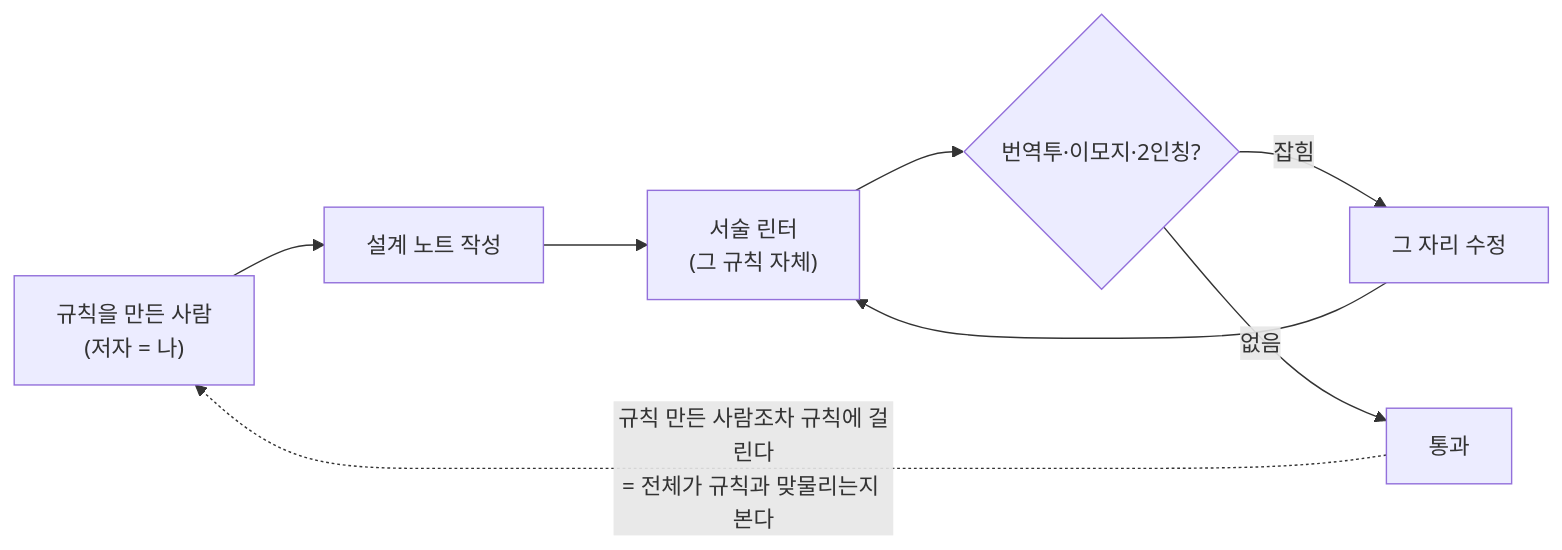
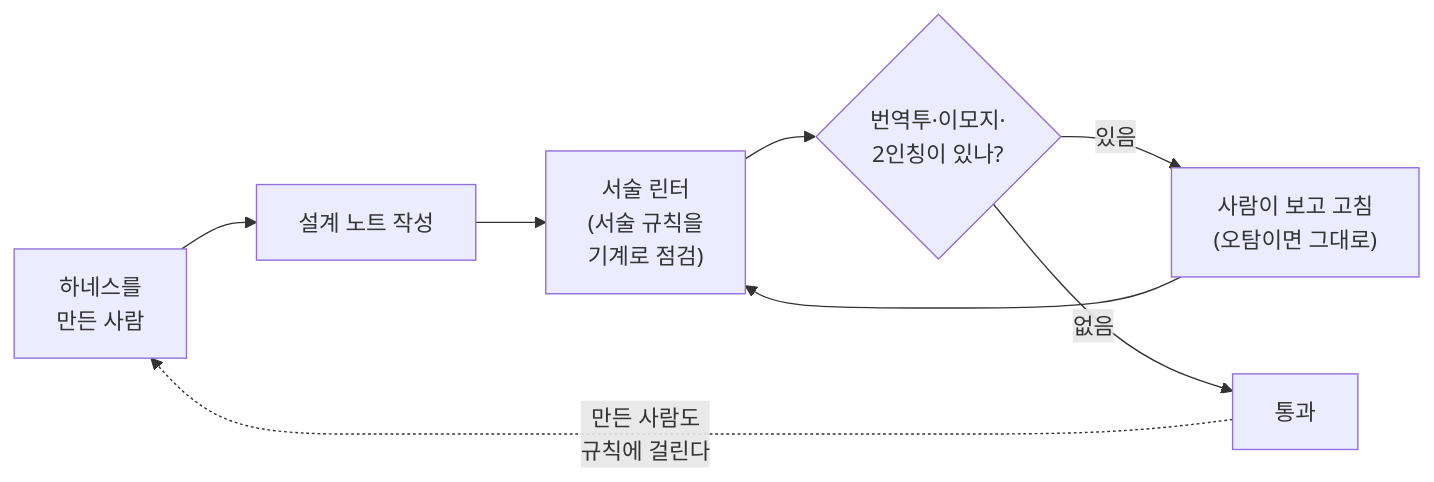
Before and after one commit to neisii/harness-naroo: the second of 2 diagrams in QUICKSTART.md, drawn with Mermaid. The commit also changed other lines of this file and 5 other files, not shown here.

````diff
--- a/QUICKSTART.md
+++ b/QUICKSTART.md
@@ -123,13 +136,13 @@
 ```mermaid
 flowchart LR
-  AUTH["규칙을 만든 사람<br/>(저자 = 나)"]
+  AUTH["하네스를<br/>만든 사람"]
   OUT["설계 노트 작성"]
-  CHECK["서술 린터<br/>(그 규칙 자체)"]
-  SLIP{"번역투·이모지·2인칭?"}
-  FIX["그 자리 수정"]
+  CHECK["서술 린터<br/>(서술 규칙을<br/>기계로 점검)"]
+  SLIP{"번역투·이모지·<br/>2인칭이 있나?"}
+  FIX["사람이 보고 고침<br/>(오탐이면 그대로)"]
   OK["통과"]
   AUTH --> OUT --> CHECK --> SLIP
-  SLIP -->|잡힘| FIX --> CHECK
+  SLIP -->|있음| FIX --> CHECK
   SLIP -->|없음| OK
-  OK -.->|"규칙 만든 사람조차 규칙에 걸린다<br/>= 전체가 규칙과 맞물리는지 본다"| AUTH
+  OK -.->|"만든 사람도<br/>규칙에 걸린다"| AUTH
 ```
````
